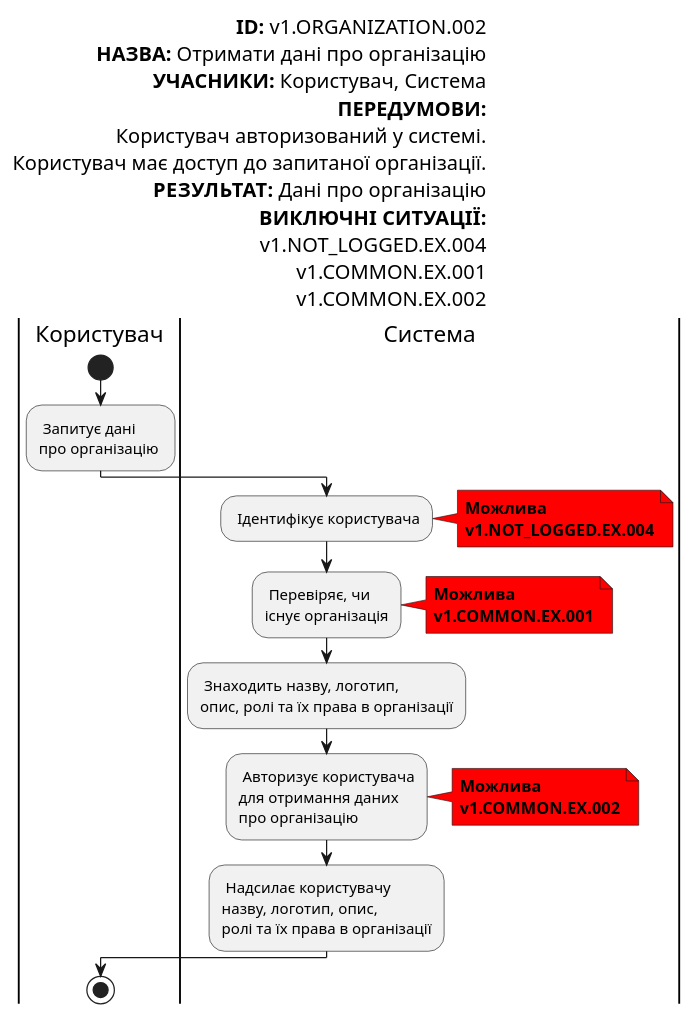
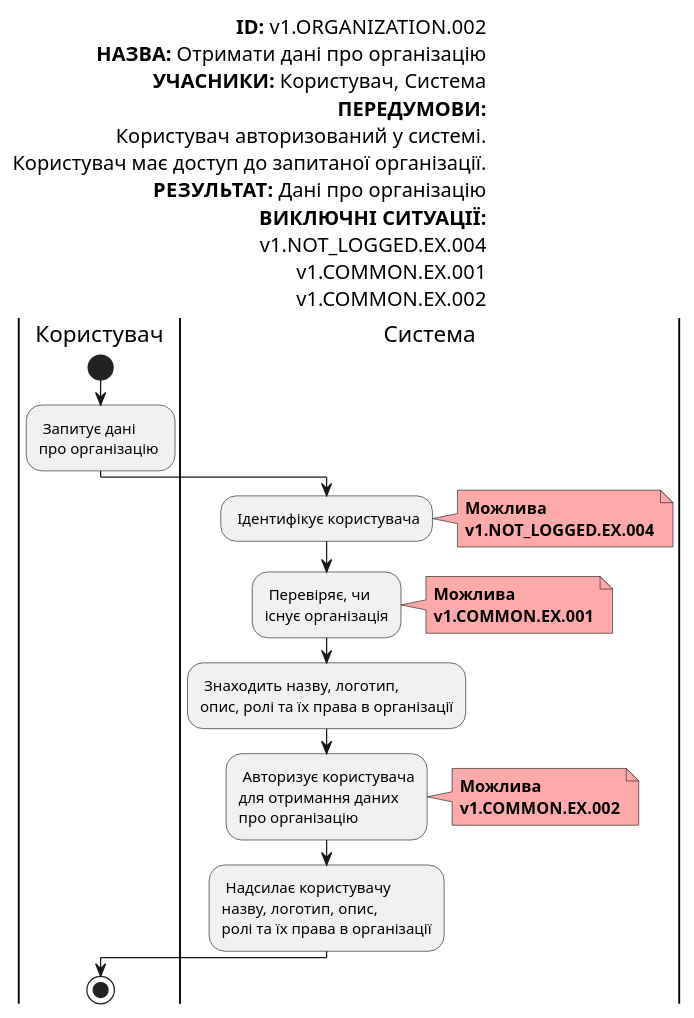
One commit to gurug-prog/survey-expert changed diagram 11 of 22 in docs/use-cases/README.md. Above: the diagram before and after it, drawn with PlantUML. The commit also changed other lines of this file and 1 other file, not shown here.

```diff
--- a/docs/use-cases/README.md
+++ b/docs/use-cases/README.md
@@ -443,55 +447,55 @@
   @startuml
 
       left header
            <font color=000 size=16><b>ID:</b> v1.ORGANIZATION.002
            <font color=000 size=16><b>НАЗВА:</b> Отримати дані про організацію
            <font color=000 size=16><b>УЧАСНИКИ:</b> Користувач, Система
            <font color=000 size=16><b>ПЕРЕДУМОВИ:</b>
            <font color=000 size=16>Користувач авторизований у системі.
            <font color=000 size=16>Користувач має доступ до запитаної організації.
            <font color=000 size=16><b>РЕЗУЛЬТАТ:</b> Дані про організацію
            <font color=000 size=16><b>ВИКЛЮЧНІ СИТУАЦІЇ:</b>
            <font color=000 size=16>v1.NOT_LOGGED.EX.004
            <font color=000 size=16>v1.COMMON.EX.001
            <font color=000 size=16>v1.COMMON.EX.002
        end header
 
        |Користувач|
            start
            : Запитує дані
            про організацію ;
 
        |Система|
            : Ідентифікує користувача;
-           note right #ff0000
+           note right #ffaaaa
            <b>Можлива</b>
            <b>v1.NOT_LOGGED.EX.004</b>
            end note
 
            : Перевіряє, чи
            існує організація;
 
-           note right #ff0000
+           note right #ffaaaa
            <b>Можлива</b>
            <b>v1.COMMON.EX.001</b>
            end note
 
            : Знаходить назву, логотип,
            опис, ролі та їх права в організації;
 
            : Авторизує користувача
            для отримання даних
            про організацію;
 
-           note right #ff0000
+           note right #ffaaaa
            <b>Можлива</b>
            <b>v1.COMMON.EX.002</b>
            end note
 
            : Надсилає користувачу
            назву, логотип, опис,
            ролі та їх права в організації;
        |Користувач|
            stop;
 
   @enduml
```
